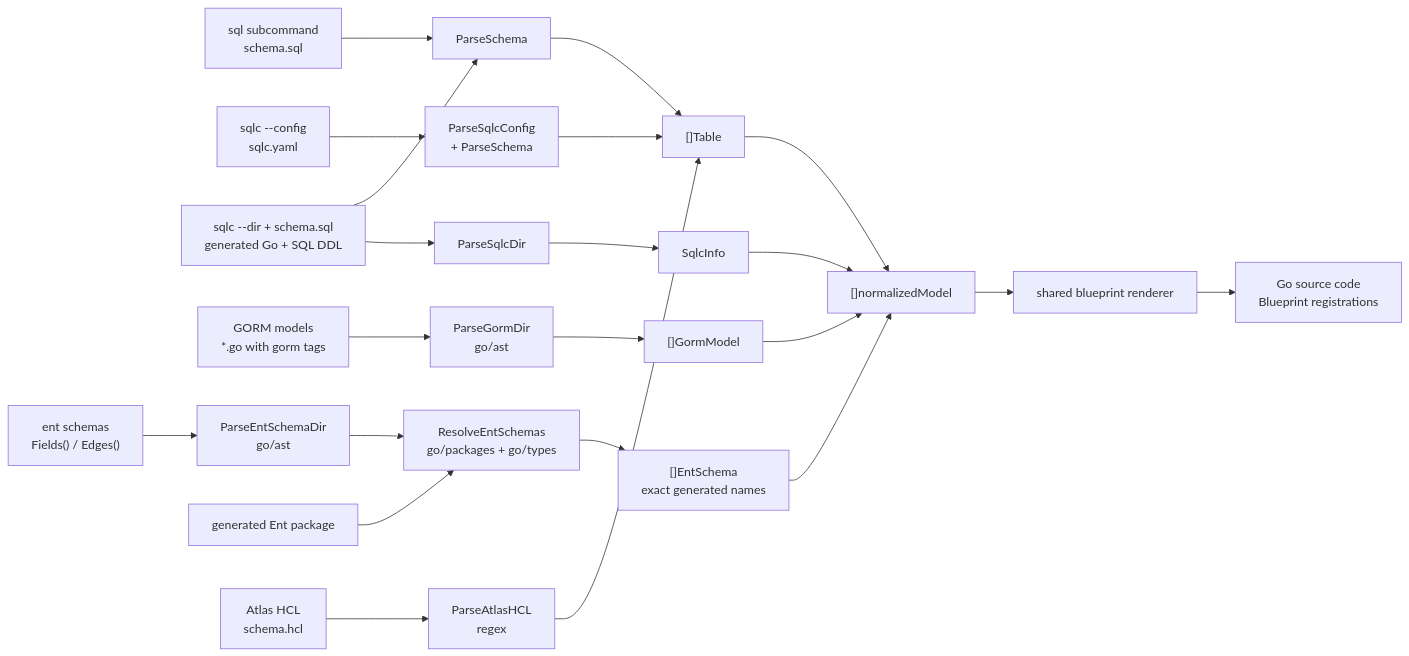
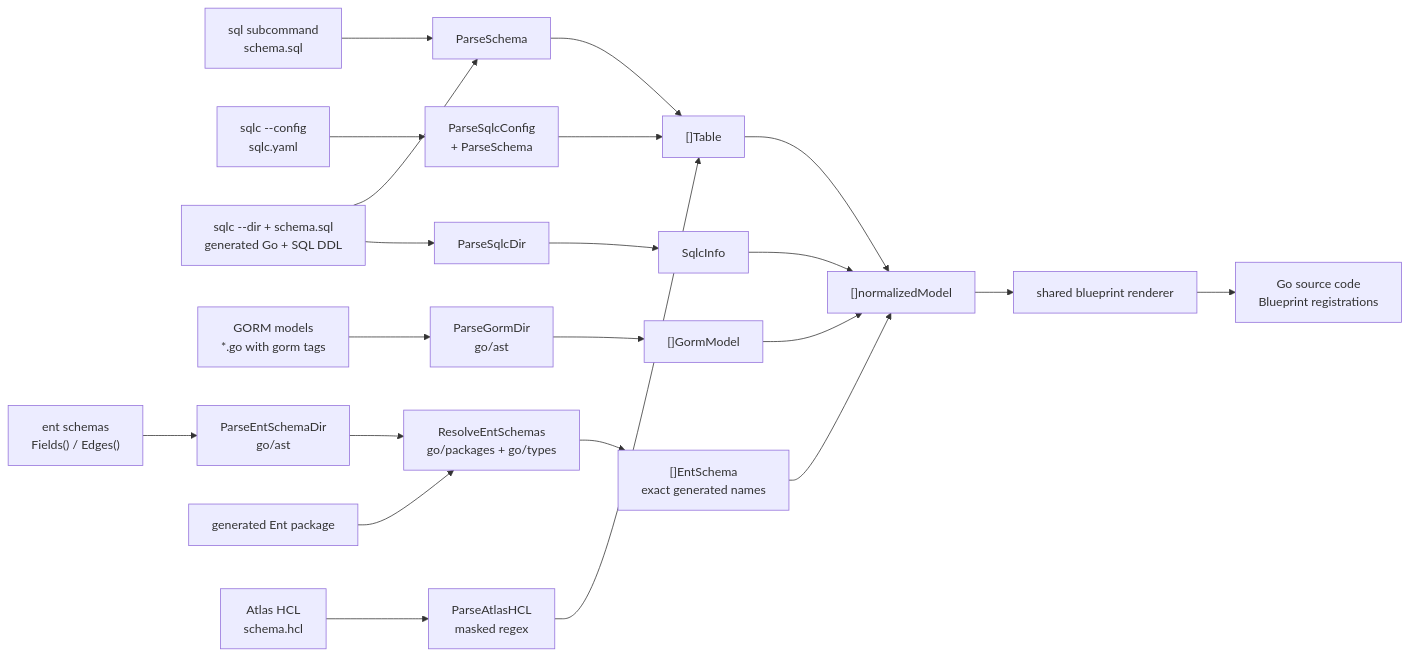
Before and after one commit to mhiro2/seedling: the fourth of 4 diagrams in ARCHITECTURE.md, drawn with Mermaid. The commit also changed other lines of this file and 3 other files, not shown here.

````diff
--- a/ARCHITECTURE.md
+++ b/ARCHITECTURE.md
@@ -157,28 +157,28 @@
 ```mermaid
 flowchart LR
     SQL["sql subcommand<br/>schema.sql"] --> Parse["ParseSchema"]
     SQLCConfig["sqlc --config<br/>sqlc.yaml"] --> ParseC["ParseSqlcConfig<br/>+ ParseSchema"]
     SQLCManual["sqlc --dir + schema.sql<br/>generated Go + SQL DDL"] --> Parse
     SQLCManual --> ParseSqlc["ParseSqlcDir"]
     GORM["GORM models<br/>*.go with gorm tags"] --> ParseG["ParseGormDir<br/>go/ast"]
     ENT["ent schemas<br/>Fields() / Edges()"] --> ParseE["ParseEntSchemaDir<br/>go/ast"]
     ENTPKG["generated Ent package"] --> ResolveE["ResolveEntSchemas<br/>go/packages + go/types"]
-    ATLAS["Atlas HCL<br/>schema.hcl"] --> ParseA["ParseAtlasHCL<br/>regex"]
+    ATLAS["Atlas HCL<br/>schema.hcl"] --> ParseA["ParseAtlasHCL<br/>masked regex"]
 
     Parse --> T["[]Table"]
     ParseC --> T
     ParseA --> T
 
     ParseG --> GM["[]GormModel"]
     ParseE --> ResolveE
     ResolveE --> ES["[]EntSchema<br/>exact generated names"]
     ParseSqlc --> SQLC["SqlcInfo"]
 
     T --> IR["[]normalizedModel"]
     GM --> IR
     ES --> IR
     SQLC --> IR
 
     IR --> Render["shared blueprint renderer"]
     Render --> Out["Go source code<br/>Blueprint registrations"]
 ```
````
